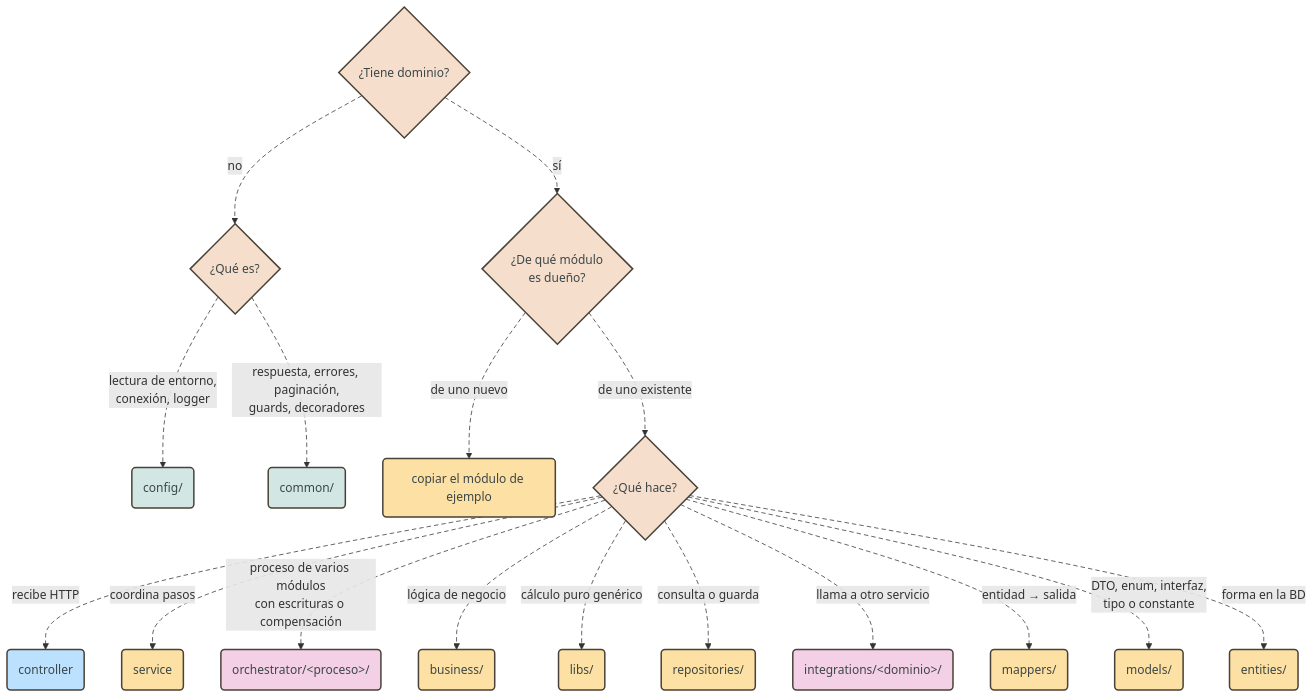
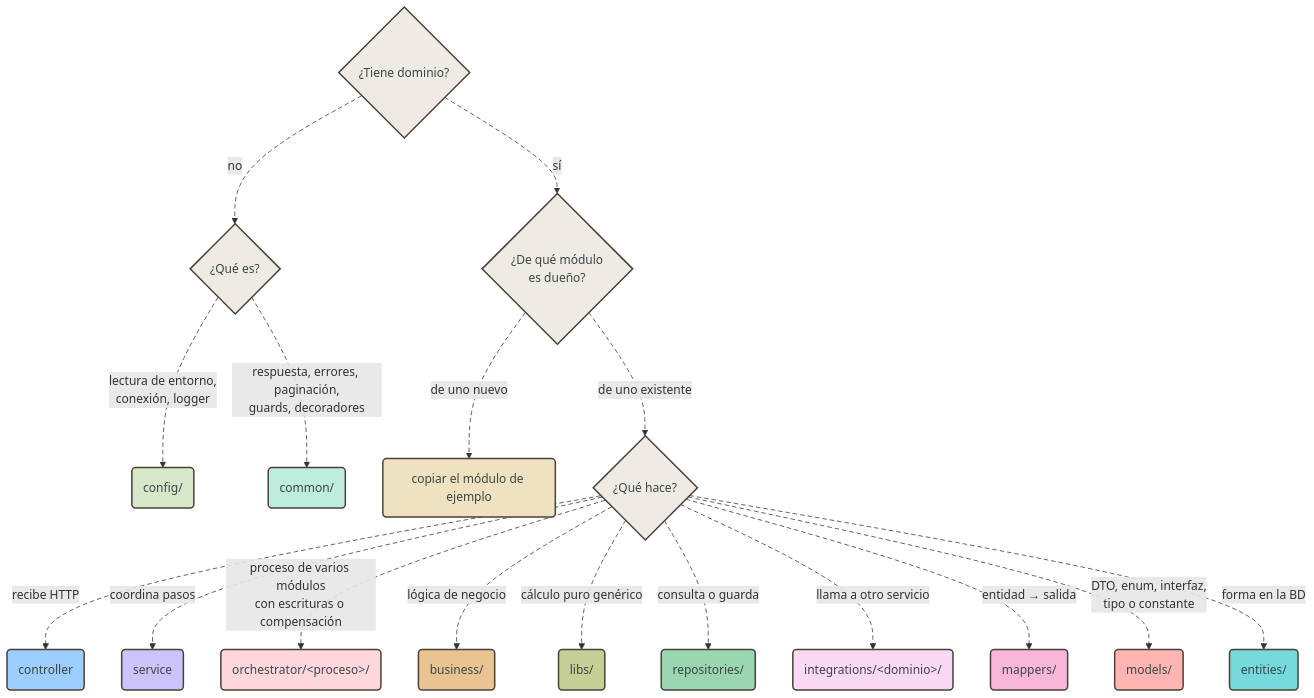
One commit to pcarroza91/nest-template changed diagram 15 of 15 in docs/architecture/modular-microservice.md. Above: the diagram before and after it, drawn with Mermaid. The commit also changed other lines of this file and 2 other files, not shown here.

First line of the commit message:
docs(architecture): colores por capa y componente en los diagramas Mermaid

````diff
--- a/docs/architecture/modular-microservice.md
+++ b/docs/architecture/modular-microservice.md
@@ -949,32 +977,50 @@
 ```mermaid
 flowchart TB
     Q{"¿Tiene dominio?"}
     Q -- "no" --> T{"¿Qué es?"}
     T -- "lectura de entorno,<br/>conexión, logger" --> CFG("config/")
     T -- "respuesta, errores, paginación,<br/>guards, decoradores" --> COM("common/")
     Q -- "sí" --> O{"¿De qué módulo<br/>es dueño?"}
     O -- "de uno nuevo" --> NEW("copiar el módulo de ejemplo")
     O -- "de uno existente" --> K{"¿Qué hace?"}
     K -- "recibe HTTP" --> CT("controller")
     K -- "coordina pasos" --> SV("service")
     K -- "proceso de varios módulos<br/>con escrituras o compensación" --> OC("orchestrator/&lt;proceso&gt;/")
     K -- "lógica de negocio" --> BZ("business/")
     K -- "cálculo puro genérico" --> LB("libs/")
     K -- "consulta o guarda" --> RP("repositories/")
     K -- "llama a otro servicio" --> OR("integrations/&lt;dominio&gt;/")
     K -- "entidad → salida" --> MP("mappers/")
     K -- "DTO, enum, interfaz,<br/>tipo o constante" --> DT("models/")
     K -- "forma en la BD" --> EN("entities/")
 
-    classDef entry fill:#bce1ff,stroke:#494238,stroke-width:2px,color:#3c4747
-    classDef domain fill:#fde0a3,stroke:#494238,stroke-width:2px,color:#3c4747
-    classDef flow fill:#f4d0e6,stroke:#494238,stroke-width:2px,color:#3c4747
-    classDef shared fill:#d2e7e4,stroke:#494238,stroke-width:2px,color:#3c4747
-    class CT entry
-    class NEW,SV,BZ,LB,RP,MP,DT,EN domain
-    class OC,OR flow
-    class CFG,COM shared
-    classDef decision fill:#f6decc,stroke:#494238,stroke-width:2px,color:#3c4747
+    classDef modules fill:#efe2c0,stroke:#494238,stroke-width:2px,color:#3c4747
+    classDef orchestrator fill:#ffd7dd,stroke:#494238,stroke-width:2px,color:#3c4747
+    classDef integrations fill:#f9d9f4,stroke:#494238,stroke-width:2px,color:#3c4747
+    classDef common fill:#beecdd,stroke:#494238,stroke-width:2px,color:#3c4747
+    classDef config fill:#d5e8c8,stroke:#494238,stroke-width:2px,color:#3c4747
+    classDef controller fill:#9cceff,stroke:#494238,stroke-width:2px,color:#3c4747
+    classDef service fill:#cdc2fa,stroke:#494238,stroke-width:2px,color:#3c4747
+    classDef business fill:#eac393,stroke:#494238,stroke-width:2px,color:#3c4747
+    classDef libs fill:#c5cf96,stroke:#494238,stroke-width:2px,color:#3c4747
+    classDef repository fill:#9ad7b1,stroke:#494238,stroke-width:2px,color:#3c4747
+    classDef entity fill:#76d9db,stroke:#494238,stroke-width:2px,color:#3c4747
+    classDef mapper fill:#f8b6d8,stroke:#494238,stroke-width:2px,color:#3c4747
+    classDef models fill:#ffb6b3,stroke:#494238,stroke-width:2px,color:#3c4747
+    classDef decision fill:#eeeae4,stroke:#494238,stroke-width:2px,color:#3c4747
+    class NEW modules
+    class OC orchestrator
+    class OR integrations
+    class COM common
+    class CFG config
+    class CT controller
+    class SV service
+    class BZ business
+    class LB libs
+    class RP repository
+    class EN entity
+    class MP mapper
+    class DT models
     class Q,T,O,K decision
     linkStyle default stroke-dasharray:6 4
 ```
````
